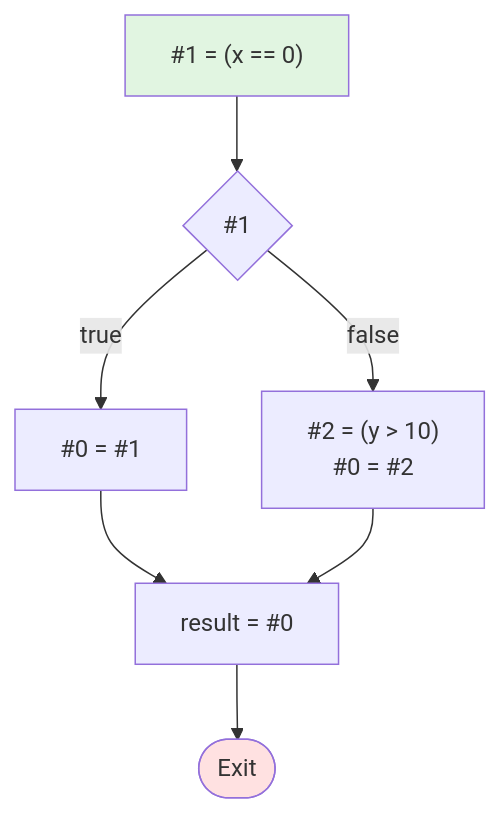
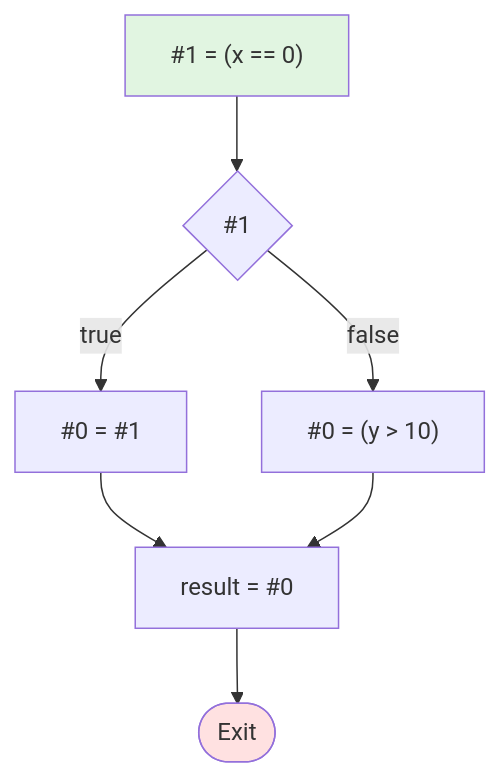
The diagram in mermaid_outputs/test4_shortcircuit_or.md (cny123222/Control-Flow-Graph-Generation-for-WhileD-Language), drawn with Mermaid before and after one commit. The commit also changed other lines of this file and 2 other files, not shown here.

````diff
--- a/mermaid_outputs/test4_shortcircuit_or.md
+++ b/mermaid_outputs/test4_shortcircuit_or.md
@@ -7,18 +7,18 @@
 ```mermaid
 flowchart TD
     B0["#1 = (x == 0)"]
     C0{#1}
     B1["#0 = #1"]
-    B2["#2 = (y > 10)<br/>#0 = #2"]
+    B2["#0 = (y > 10)"]
     B3["result = #0"]
 
     B0 --> C0
     C0 -->|false| B2
     C0 -->|true| B1
     B1 --> B3
     B2 --> B3
     B3 --> Exit([Exit])
 
     style B0 fill:#e1f5e1
     style Exit fill:#ffe1e1
 ```
````
